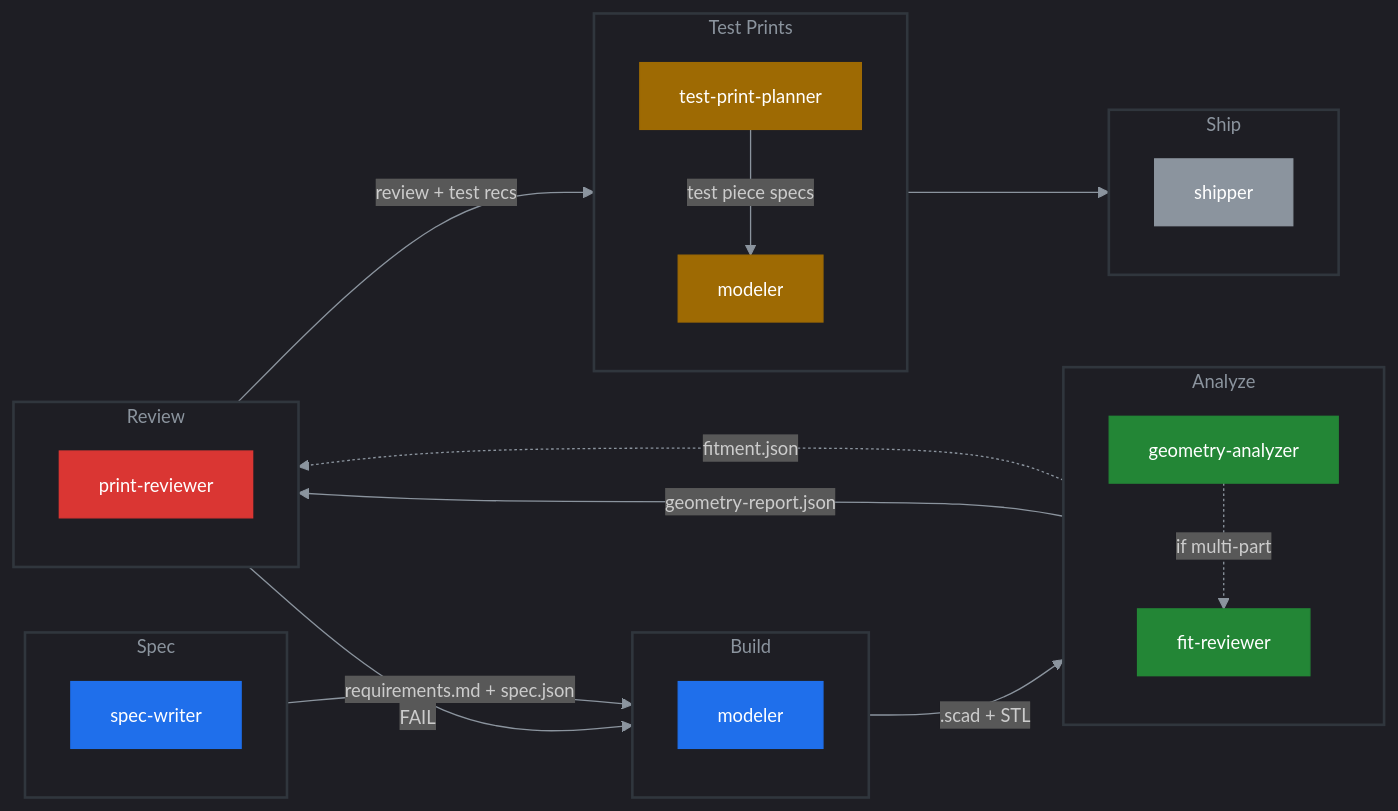
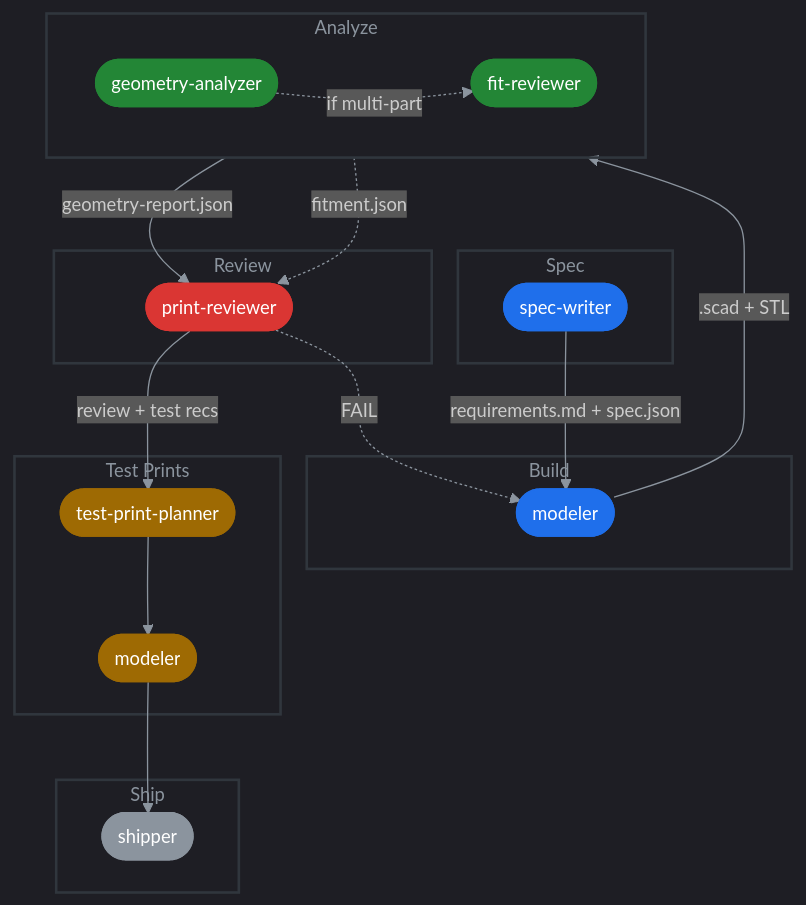
Before and after one commit to aes87/ai-3d-modeling: the diagram in README.md, drawn with Mermaid.

Commit message:
Mermaid diagram: vertical flow for readability, keep grouped styling
Switched back to TD (top-down) for larger, more readable nodes.
Analyze stage uses LR sub-layout to place geometry-analyzer and
fit-reviewer side by side. Stadium-shaped nodes, FAIL loop as
dotted line, test-print-planner chains to modeler within its group.

````diff
--- a/README.md
+++ b/README.md
@@ -30,69 +30,61 @@
 ```mermaid
 ---
 config:
   theme: dark
   themeVariables:
     primaryColor: '#1f6feb'
     primaryTextColor: '#fff'
     lineColor: '#8b949e'
     fontSize: '14px'
 ---
-flowchart LR
+flowchart TD
     subgraph SPEC["  Spec  "]
-        direction TB
-        SW["spec-writer"]
+        SW(["spec-writer"])
     end
 
     subgraph BUILD["  Build  "]
-        direction TB
-        M["modeler"]
+        M(["modeler"])
     end
 
     subgraph ANALYZE["  Analyze  "]
-        direction TB
-        GA["geometry-analyzer"]
-        FR["fit-reviewer"]
+        direction LR
+        GA(["geometry-analyzer"]) ~~~ FR(["fit-reviewer"])
     end
 
     subgraph REVIEW["  Review  "]
-        direction TB
-        PR["print-reviewer"]
+        PR(["print-reviewer"])
     end
 
     subgraph TEST["  Test Prints  "]
-        direction TB
-        TPP["test-print-planner"]
-        TM["modeler"]
+        TPP(["test-print-planner"]) --> TM(["modeler"])
     end
 
     subgraph SHIP["  Ship  "]
-        direction TB
-        S["shipper"]
+        S(["shipper"])
     end
 
     SW -- "requirements.md + spec.json" --> M
     M -- ".scad + STL" --> GA
     GA -- "geometry-report.json" --> PR
     GA -. "if multi-part" .-> FR
     FR -. "fitment.json" .-> PR
     PR -- "review + test recs" --> TPP
-    TPP -- "test piece specs" --> TM
     TM --> S
-    PR -- "FAIL" --> M
+    PR -. "FAIL" .-> M
 
     style SW fill:#1f6feb,color:#fff,stroke:#1f6feb
     style M fill:#1f6feb,color:#fff,stroke:#1f6feb
     style GA fill:#238636,color:#fff,stroke:#238636
     style FR fill:#238636,color:#fff,stroke:#238636
     style PR fill:#da3633,color:#fff,stroke:#da3633
     style TPP fill:#9e6a03,color:#fff,stroke:#9e6a03
     style TM fill:#9e6a03,color:#fff,stroke:#9e6a03
     style S fill:#8b949e,color:#fff,stroke:#8b949e
 
     style SPEC fill:transparent,stroke:#30363d,stroke-width:2px,color:#8b949e
     style BUILD fill:transparent,stroke:#30363d,stroke-width:2px,color:#8b949e
     style ANALYZE fill:transparent,stroke:#30363d,stroke-width:2px,color:#8b949e
     style REVIEW fill:transparent,stroke:#30363d,stroke-width:2px,color:#8b949e
     style TEST fill:transparent,stroke:#30363d,stroke-width:2px,color:#8b949e
     style SHIP fill:transparent,stroke:#30363d,stroke-width:2px,color:#8b949e
 ```
````
